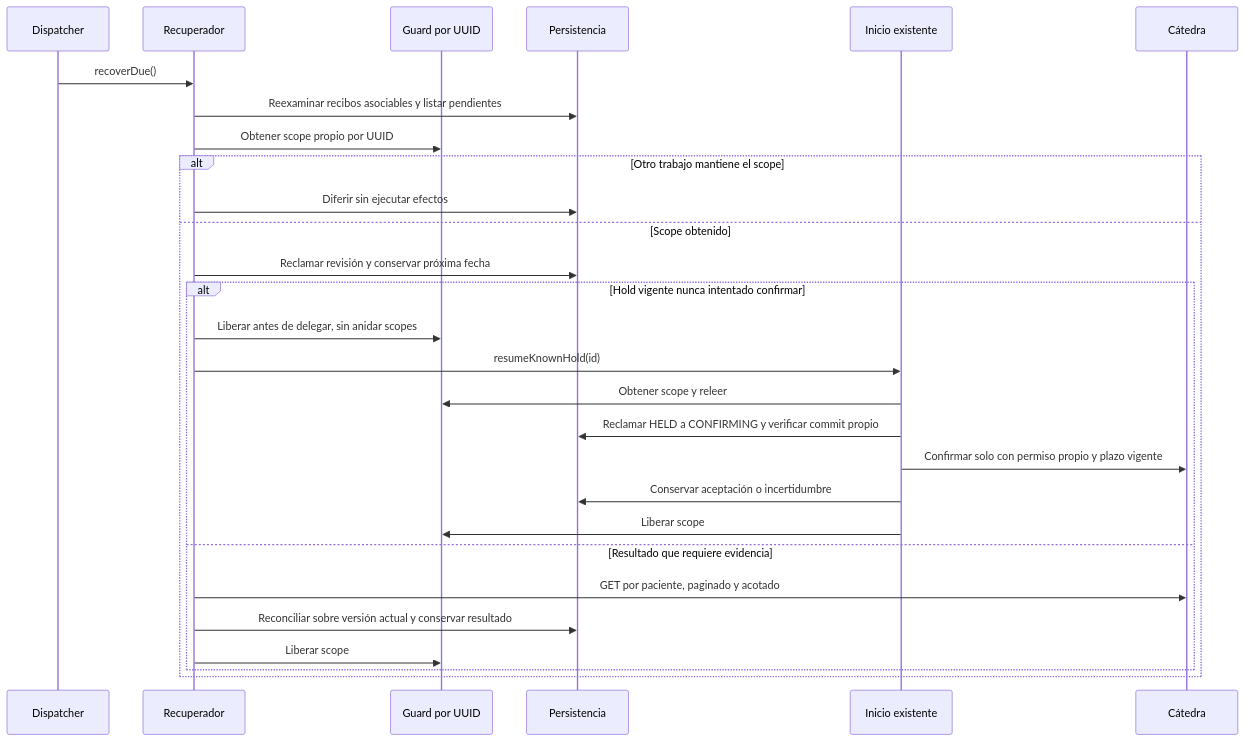
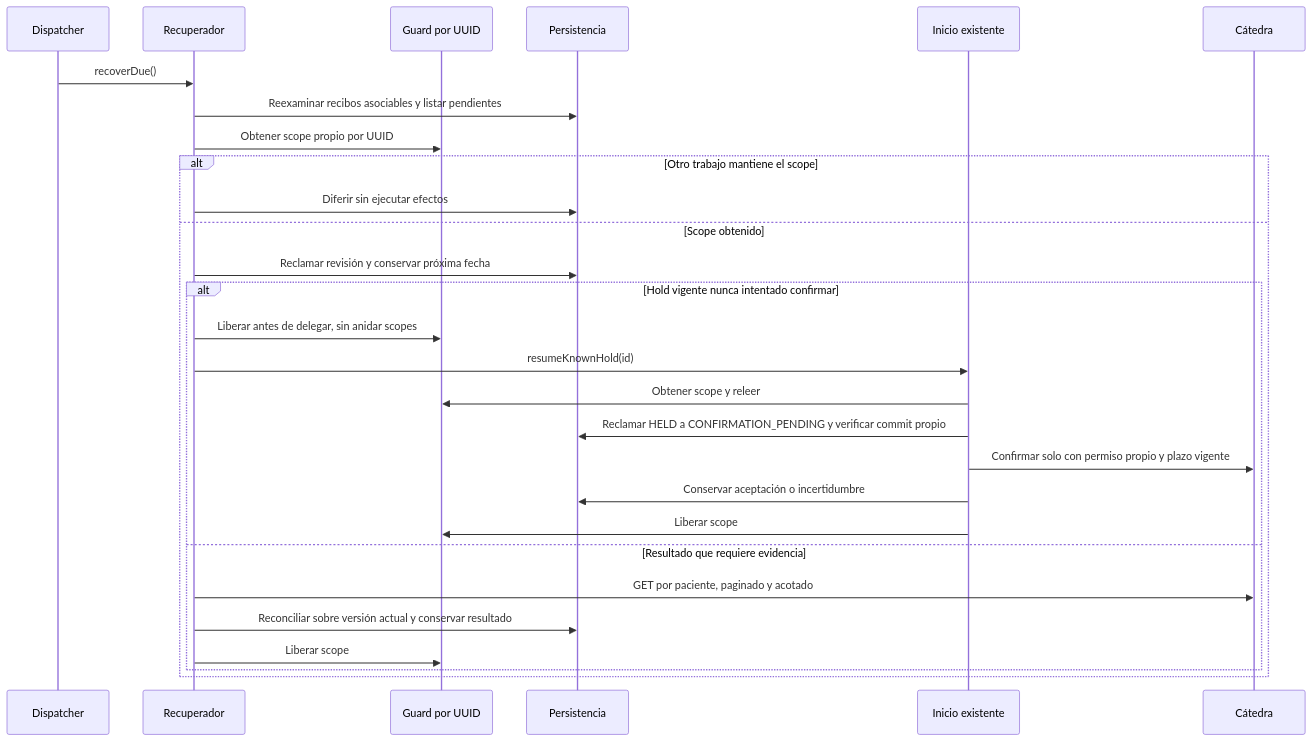
Before and after one commit to prog2-perassiferrara/backend-turnos: the second of 2 diagrams in docs/features/recuperacion-procesos/PLAN.md, drawn with Mermaid. The commit also changed other lines of this file and 50 other files, not shown here.

Commit message:
docs: consolidate current architecture and delivery instructions

````diff
--- a/docs/features/recuperacion-procesos/PLAN.md
+++ b/docs/features/recuperacion-procesos/PLAN.md
@@ -95,30 +78,30 @@
 ```mermaid
 sequenceDiagram
   participant D as Dispatcher
   participant R as Recuperador
   participant G as Guard por UUID
   participant P as Persistencia
   participant S as Inicio existente
   participant C as Cátedra
   D->>R: recoverDue()
   R->>P: Reexaminar recibos asociables y listar pendientes
   R->>G: Obtener scope propio por UUID
   alt Otro trabajo mantiene el scope
     R->>P: Diferir sin ejecutar efectos
   else Scope obtenido
     R->>P: Reclamar revisión y conservar próxima fecha
     alt Hold vigente nunca intentado confirmar
       R->>G: Liberar antes de delegar, sin anidar scopes
       R->>S: resumeKnownHold(id)
       S->>G: Obtener scope y releer
-      S->>P: Reclamar HELD a CONFIRMING y verificar commit propio
+      S->>P: Reclamar HELD a CONFIRMATION_PENDING y verificar commit propio
       S->>C: Confirmar solo con permiso propio y plazo vigente
       S->>P: Conservar aceptación o incertidumbre
       S->>G: Liberar scope
     else Resultado que requiere evidencia
       R->>C: GET por paciente, paginado y acotado
       R->>P: Reconciliar sobre versión actual y conservar resultado
       R->>G: Liberar scope
     end
   end
 ```
````
